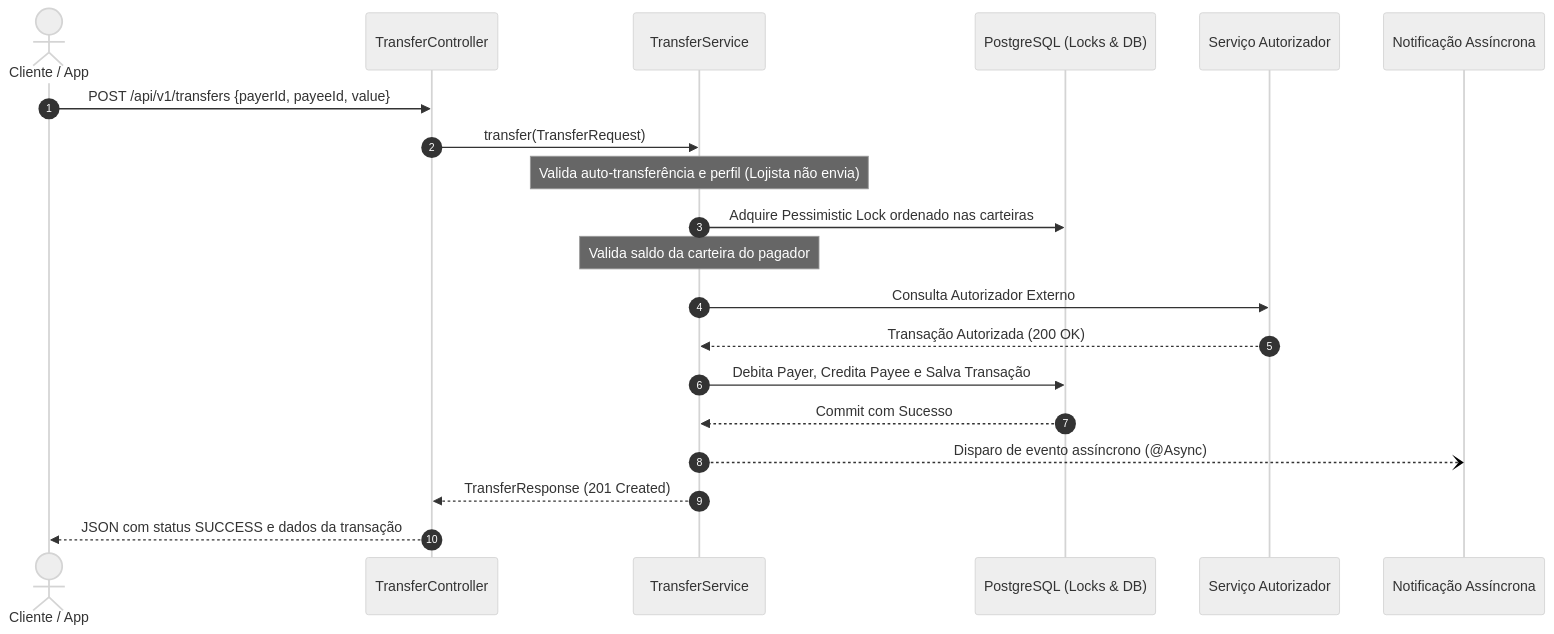
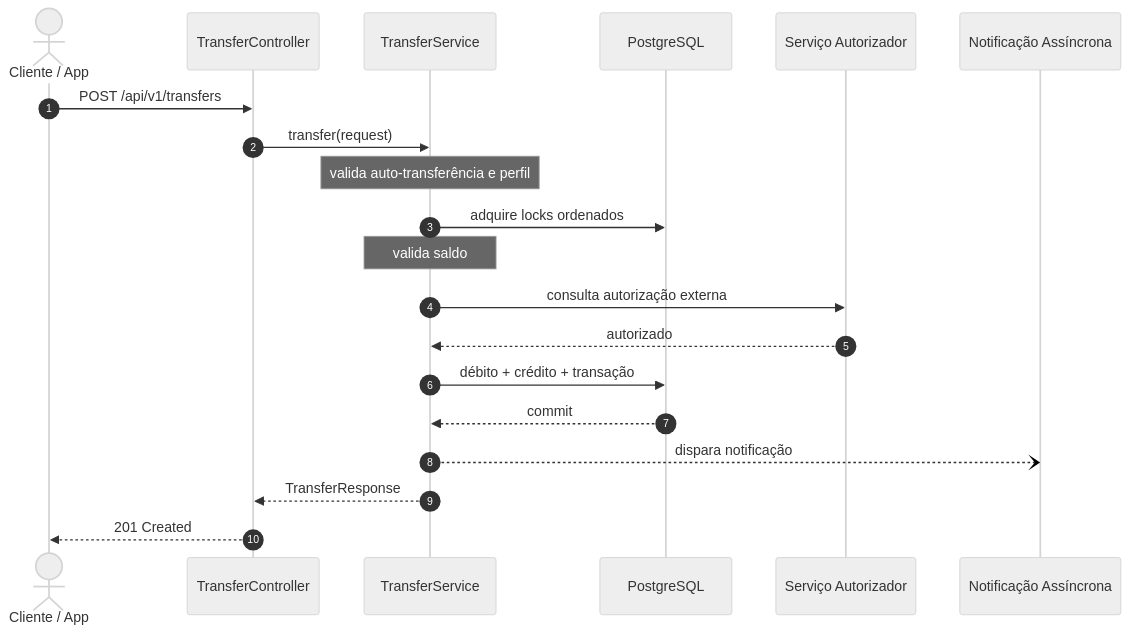
Before and after one commit to danielfernandomartins/payflow-api: the diagram in README.md, drawn with Mermaid (neutral theme). The commit also changed other lines of this file, not shown here.

````diff
--- a/README.md
+++ b/README.md
@@ -32,23 +37,23 @@
 ```mermaid
 sequenceDiagram
     autonumber
     actor Cliente as Cliente / App
     participant Controller as TransferController
     participant Service as TransferService
-    participant DB as PostgreSQL (Locks & DB)
+    participant DB as PostgreSQL
     participant Auth as Serviço Autorizador
     participant Notify as Notificação Assíncrona
 
-    Cliente->>Controller: POST /api/v1/transfers {payerId, payeeId, value}
-    Controller->>Service: transfer(TransferRequest)
-    Note over Service: Valida auto-transferência e perfil (Lojista não envia)
-    Service->>DB: Adquire Pessimistic Lock ordenado nas carteiras
-    Note over Service: Valida saldo da carteira do pagador
-    Service->>Auth: Consulta Autorizador Externo
-    Auth-->>Service: Transação Autorizada (200 OK)
-    Service->>DB: Debita Payer, Credita Payee e Salva Transação
-    DB-->>Service: Commit com Sucesso
-    Service--)Notify: Disparo de evento assíncrono (@Async)
-    Service-->>Controller: TransferResponse (201 Created)
-    Controller-->>Cliente: JSON com status SUCCESS e dados da transação
+    Cliente->>Controller: POST /api/v1/transfers
+    Controller->>Service: transfer(request)
+    Note over Service: valida auto-transferência e perfil
+    Service->>DB: adquire locks ordenados
+    Note over Service: valida saldo
+    Service->>Auth: consulta autorização externa
+    Auth-->>Service: autorizado
+    Service->>DB: débito + crédito + transação
+    DB-->>Service: commit
+    Service--)Notify: dispara notificação
+    Service-->>Controller: TransferResponse
+    Controller-->>Cliente: 201 Created
 ```
````
